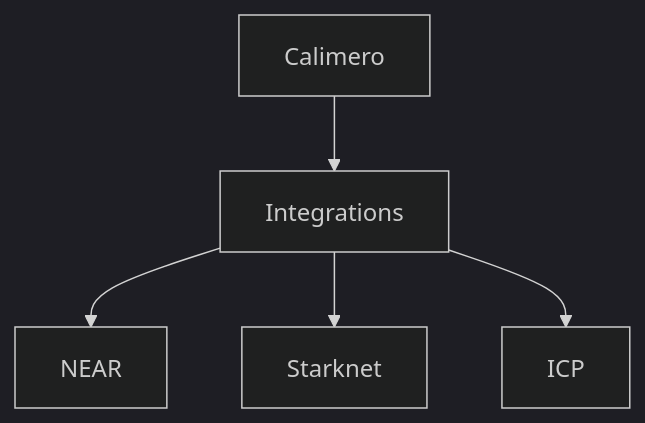
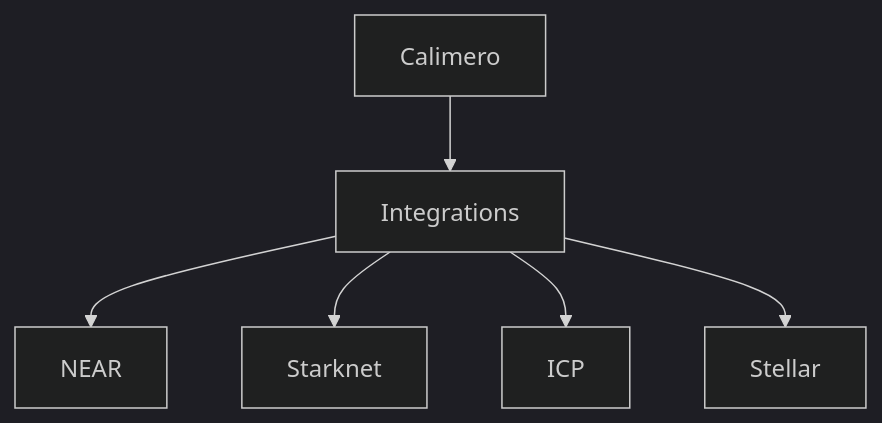
The first of 7 diagrams in docs/03-core-concepts/06-blockchain-integration.mdx (calimero-network/calimero-network.github.io), drawn with Mermaid (dark theme) before and after one commit. The commit also changed other lines of this file and 8 other files, not shown here.

````diff
--- a/docs/03-core-concepts/06-blockchain-integration.mdx
+++ b/docs/03-core-concepts/06-blockchain-integration.mdx
@@ -23,7 +24,8 @@
 ```mermaid
 graph TD
 A[Calimero] --> B[Integrations]
 B --> C[NEAR]
 B --> D[Starknet]
 B --> E[ICP]
+B --> F[Stellar]
 ```
````
